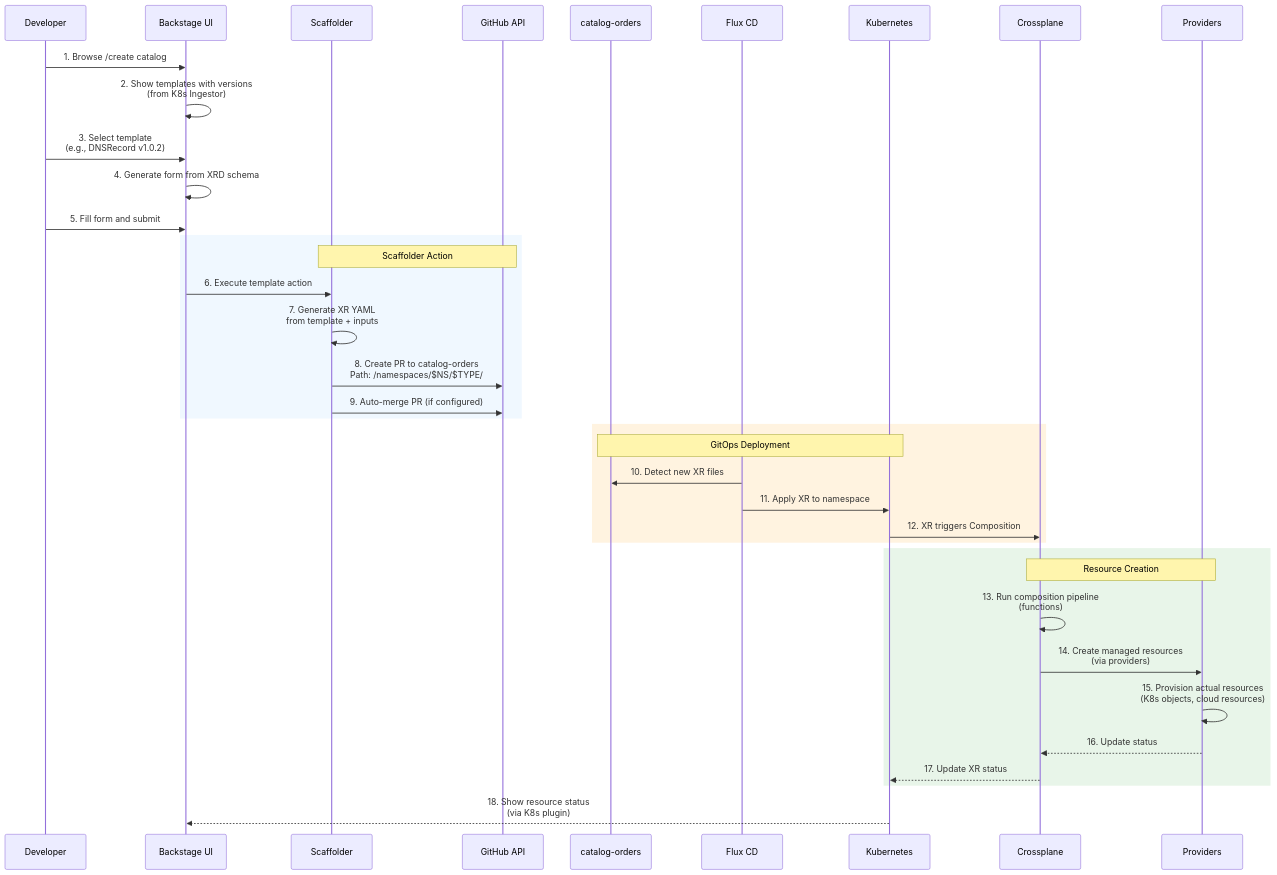
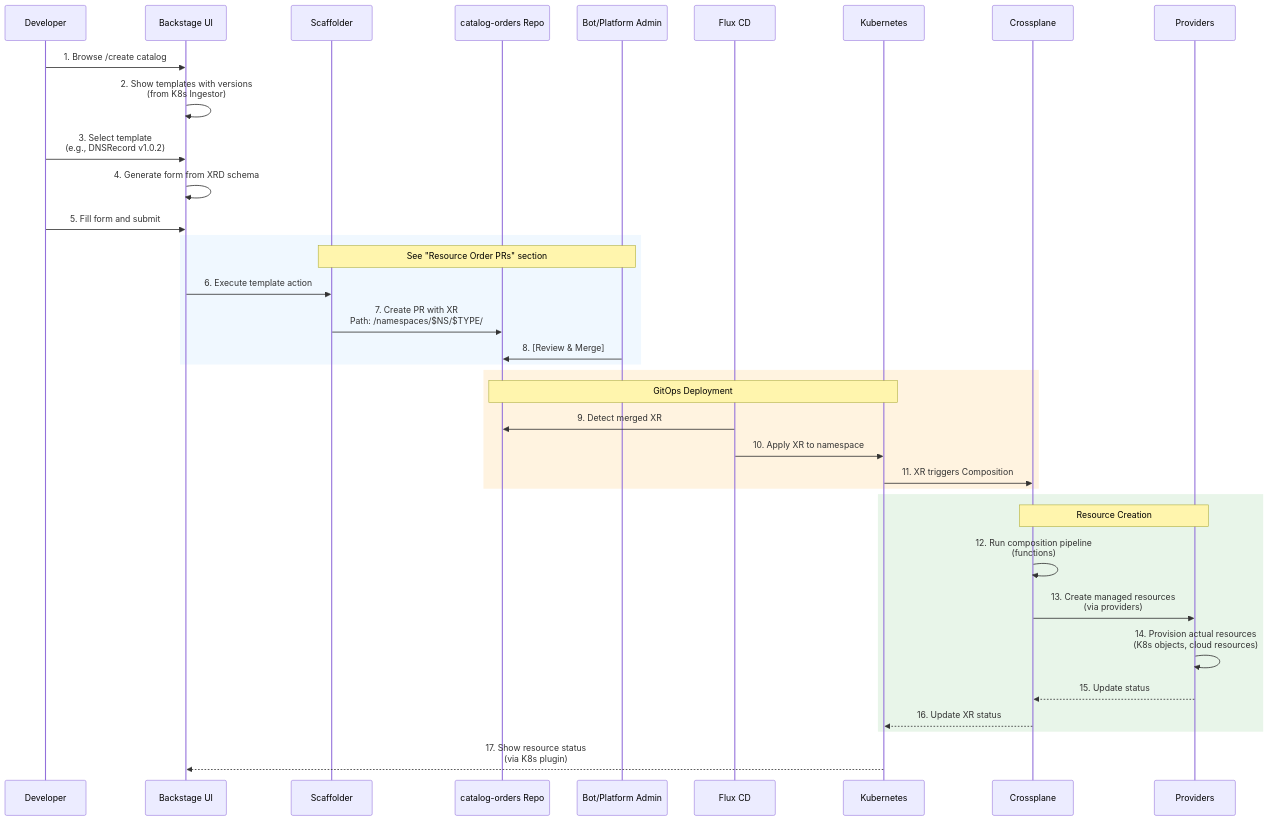
The tenth of 20 diagrams in docs/workflow.md (open-service-portal/portal-workspace), drawn with Mermaid before and after one commit. The commit also changed other lines of this file, not shown here.

First line of the commit message:
docs: enhance workflow documentation with PR review focus

````diff
--- a/docs/workflow.md
+++ b/docs/workflow.md
@@ -221,44 +343,43 @@
 ```mermaid
 sequenceDiagram
     participant User as Developer
     participant UI as Backstage UI
     participant Scaff as Scaffolder
-    participant Git as GitHub API
-    participant Orders as catalog-orders
+    participant Orders as catalog-orders Repo
+    participant Rev as Bot/Platform Admin
     participant Flux as Flux CD
     participant K8s as Kubernetes
     participant Cross as Crossplane
     participant Prov as Providers
 
     User->>UI: 1. Browse /create catalog
     UI->>UI: 2. Show templates with versions<br/>(from K8s Ingestor)
     User->>UI: 3. Select template<br/>(e.g., DNSRecord v1.0.2)
     UI->>UI: 4. Generate form from XRD schema
     User->>UI: 5. Fill form and submit
     
     rect rgb(240, 248, 255)
-        Note over Scaff,Git: Scaffolder Action
+        Note over Scaff,Rev: See "Resource Order PRs" section
         UI->>Scaff: 6. Execute template action
-        Scaff->>Scaff: 7. Generate XR YAML<br/>from template + inputs
-        Scaff->>Git: 8. Create PR to catalog-orders<br/>Path: /namespaces/$NS/$TYPE/
-        Scaff->>Git: 9. Auto-merge PR (if configured)
+        Scaff->>Orders: 7. Create PR with XR<br/>Path: /namespaces/$NS/$TYPE/
+        Rev->>Orders: 8. [Review & Merge]
     end
     
     rect rgb(255, 243, 224)
         Note over Orders,K8s: GitOps Deployment
-        Flux->>Orders: 10. Detect new XR files
-        Flux->>K8s: 11. Apply XR to namespace
-        K8s->>Cross: 12. XR triggers Composition
+        Flux->>Orders: 9. Detect merged XR
+        Flux->>K8s: 10. Apply XR to namespace
+        K8s->>Cross: 11. XR triggers Composition
     end
     
     rect rgb(232, 245, 233)
         Note over Cross,Prov: Resource Creation
-        Cross->>Cross: 13. Run composition pipeline<br/>(functions)
-        Cross->>Prov: 14. Create managed resources<br/>(via providers)
-        Prov->>Prov: 15. Provision actual resources<br/>(K8s objects, cloud resources)
-        Prov-->>Cross: 16. Update status
-        Cross-->>K8s: 17. Update XR status
+        Cross->>Cross: 12. Run composition pipeline<br/>(functions)
+        Cross->>Prov: 13. Create managed resources<br/>(via providers)
+        Prov->>Prov: 14. Provision actual resources<br/>(K8s objects, cloud resources)
+        Prov-->>Cross: 15. Update status
+        Cross-->>K8s: 16. Update XR status
     end
     
-    K8s-->>UI: 18. Show resource status<br/>(via K8s plugin)
+    K8s-->>UI: 17. Show resource status<br/>(via K8s plugin)
 ```
````
